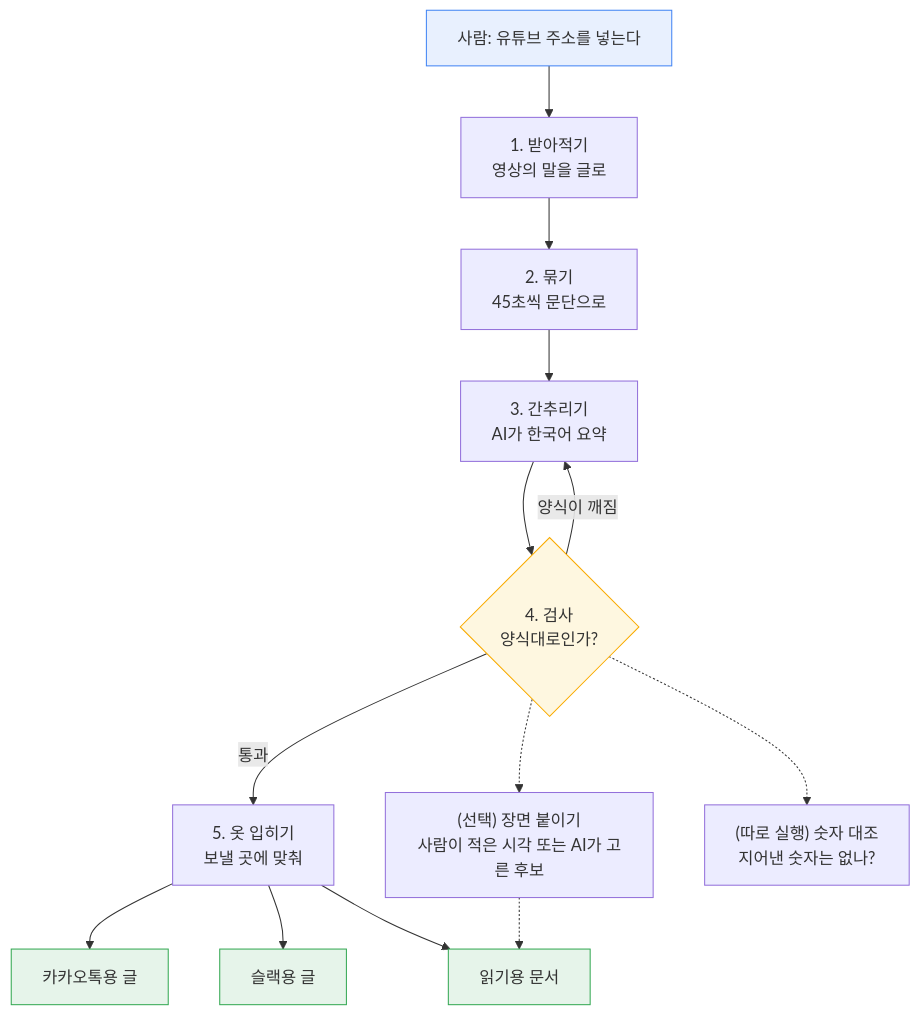
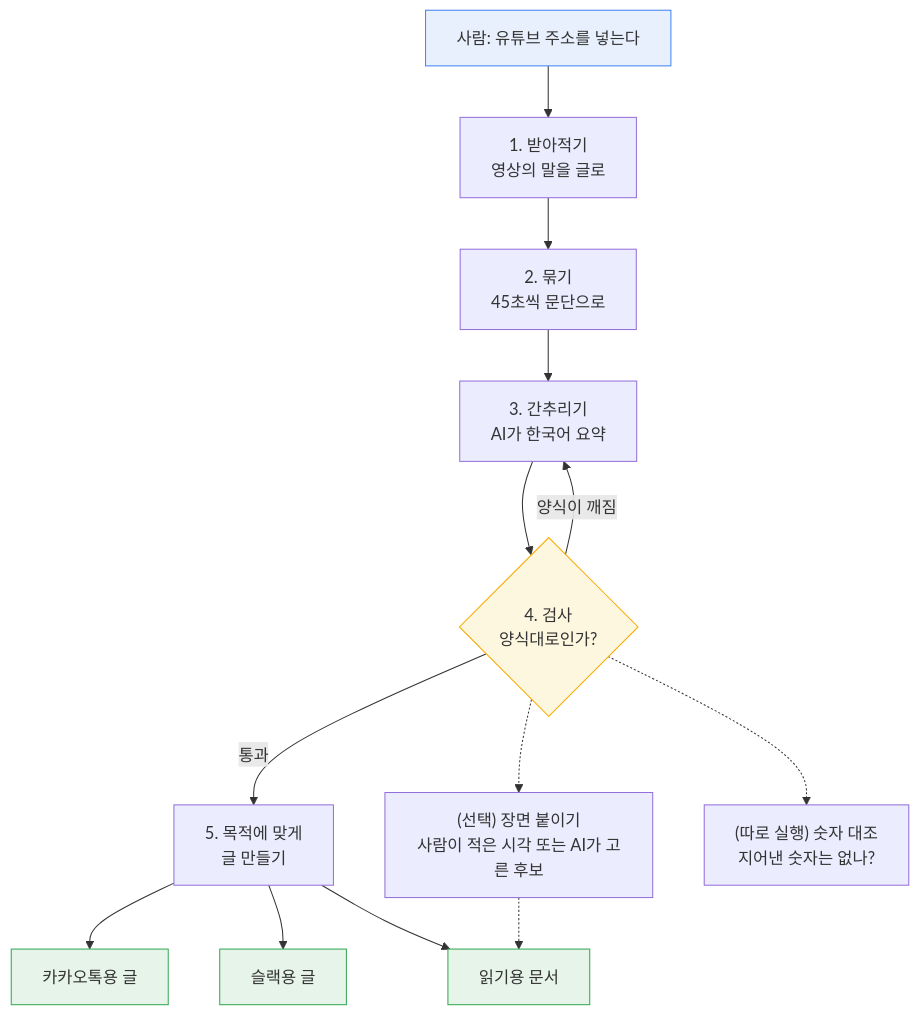
The first of 4 diagrams in architecture.md (junh0328/youtube-transcript-extractor), drawn with Mermaid before and after one commit. The commit also changed other lines of this file and 8 other files, not shown here.

````diff
--- a/architecture.md
+++ b/architecture.md
@@ -15,21 +15,21 @@
 ```mermaid
 flowchart TD
     A["사람: 유튜브 주소를 넣는다"] --> B["1. 받아적기<br/>영상의 말을 글로"]
     B --> C["2. 묶기<br/>45초씩 문단으로"]
     C --> D["3. 간추리기<br/>AI가 한국어 요약"]
     D --> E{"4. 검사<br/>양식대로인가?"}
     E -->|"양식이 깨짐"| D
-    E -->|"통과"| F["5. 옷 입히기<br/>보낼 곳에 맞춰"]
+    E -->|"통과"| F["5. 목적에 맞게<br/>글 만들기"]
     E -.-> H["(선택) 장면 붙이기<br/>사람이 적은 시각 또는 AI가 고른 후보"]
     H -.-> G3
     E -.-> K["(따로 실행) 숫자 대조<br/>지어낸 숫자는 없나?"]
     F --> G1["카카오톡용 글"]
     F --> G2["슬랙용 글"]
     F --> G3["읽기용 문서"]
 
     style A fill:#e8f0fe,stroke:#4285f4
     style E fill:#fef7e0,stroke:#f9ab00
     style G1 fill:#e6f4ea,stroke:#34a853
     style G2 fill:#e6f4ea,stroke:#34a853
     style G3 fill:#e6f4ea,stroke:#34a853
 ```
````
